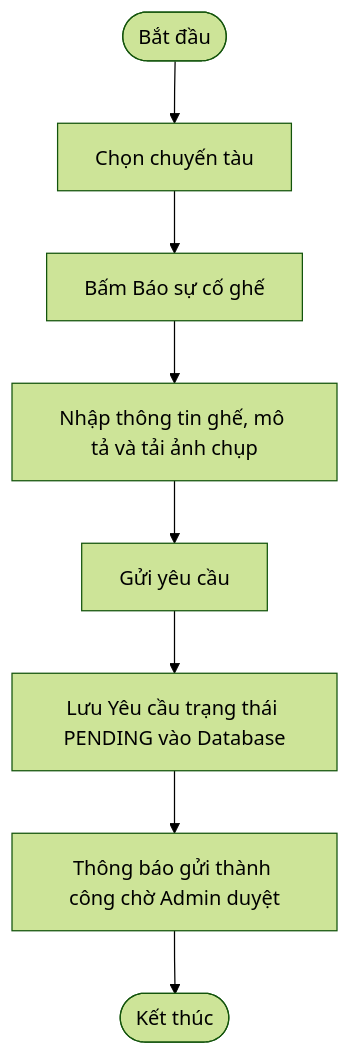
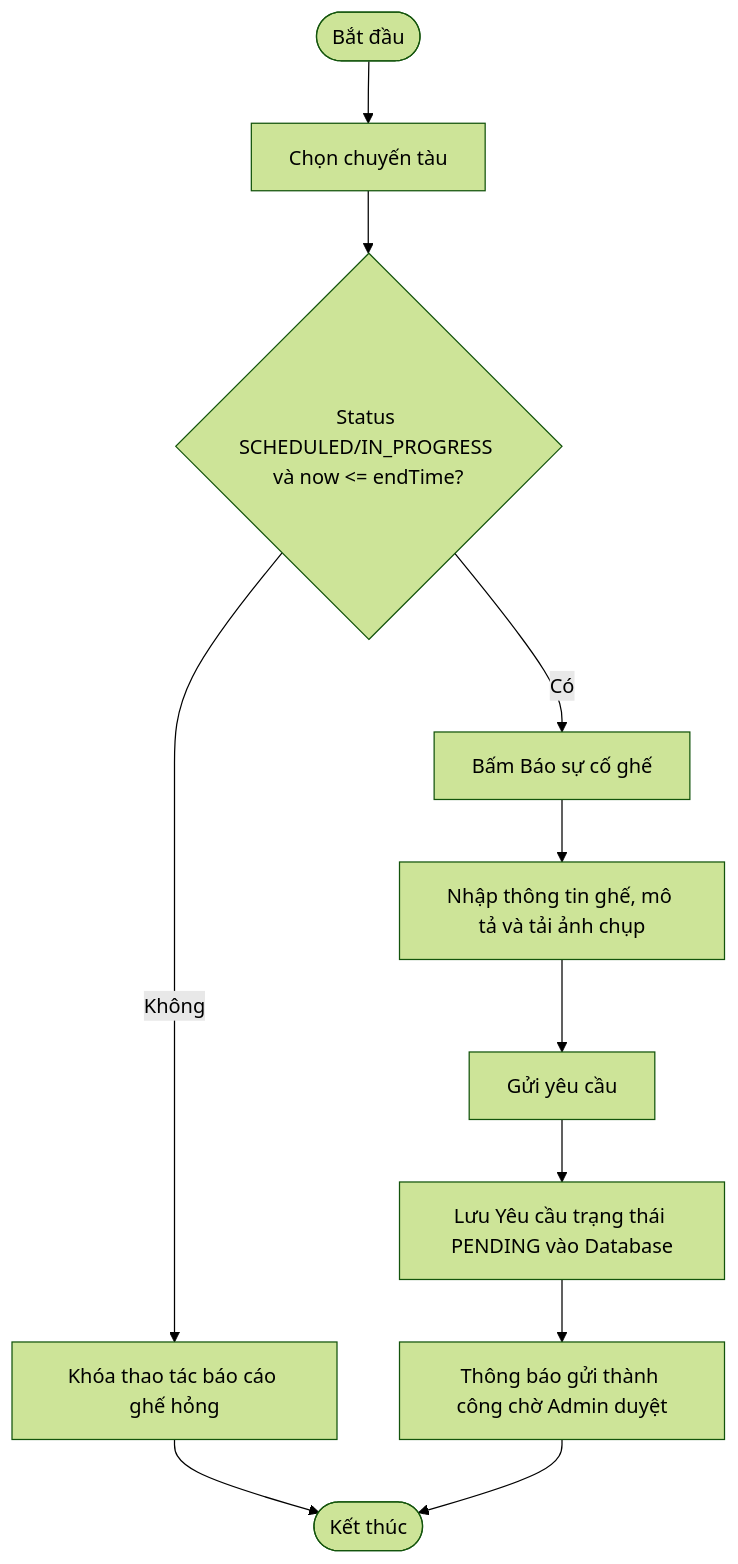
Before and after one commit to letungduong24/train-booking: diagram 20 of 20 in diagrams/activities/activity-diagrams.md, drawn with Mermaid (forest theme). The commit also changed other lines of this file and 69 other files, not shown here.

````diff
--- a/diagrams/activities/activity-diagrams.md
+++ b/diagrams/activities/activity-diagrams.md
@@ -277,10 +440,13 @@
 ```mermaid
 flowchart TD
     Start([Bắt đầu]) --> SelectTrip[Chọn chuyến tàu]
-    SelectTrip --> ClickIssue[Bấm Báo sự cố ghế]
+    SelectTrip --> CheckTrip{Status SCHEDULED/IN_PROGRESS và now <= endTime?}
+    CheckTrip -- Không --> Locked[Khóa thao tác báo cáo ghế hỏng]
+    Locked --> End([Kết thúc])
+    CheckTrip -- Có --> ClickIssue[Bấm Báo sự cố ghế]
     ClickIssue --> InputDetails[Nhập thông tin ghế, mô tả và tải ảnh chụp]
     InputDetails --> Submit[Gửi yêu cầu]
     Submit --> SaveIssue[Lưu Yêu cầu trạng thái PENDING vào Database]
     SaveIssue --> Success[Thông báo gửi thành công chờ Admin duyệt]
     Success --> End([Kết thúc])
 ```
````
